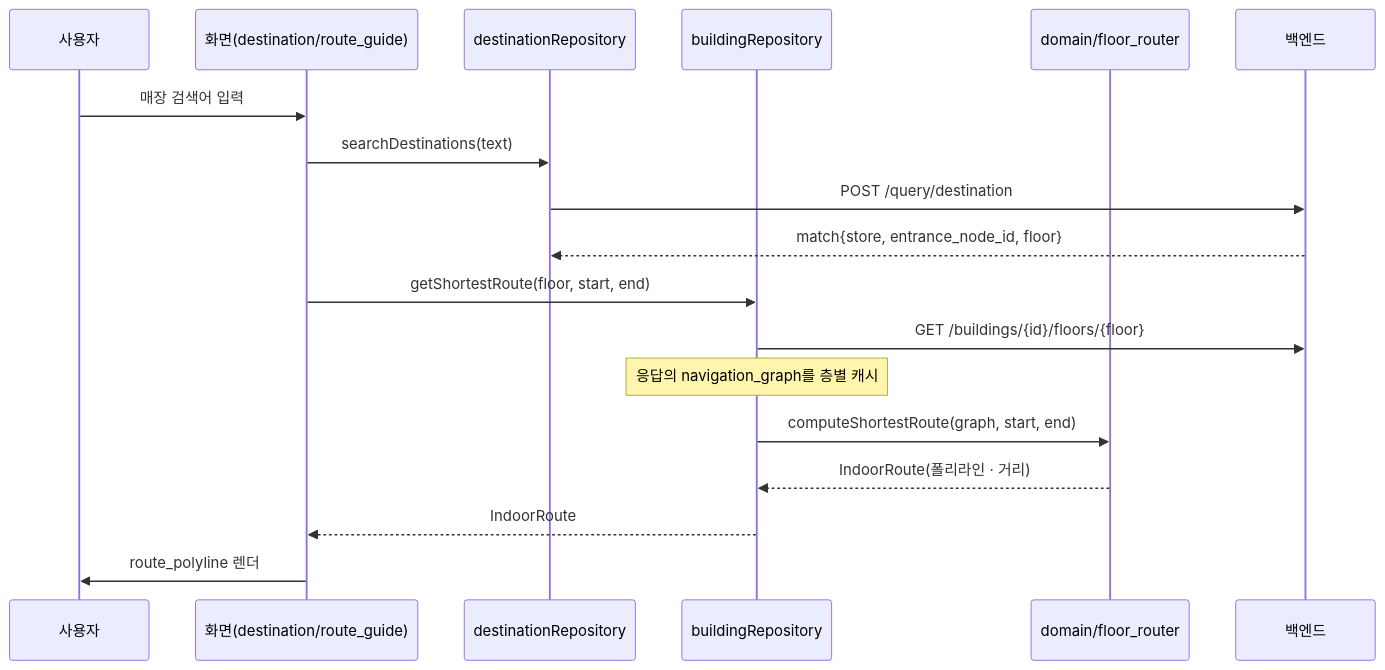
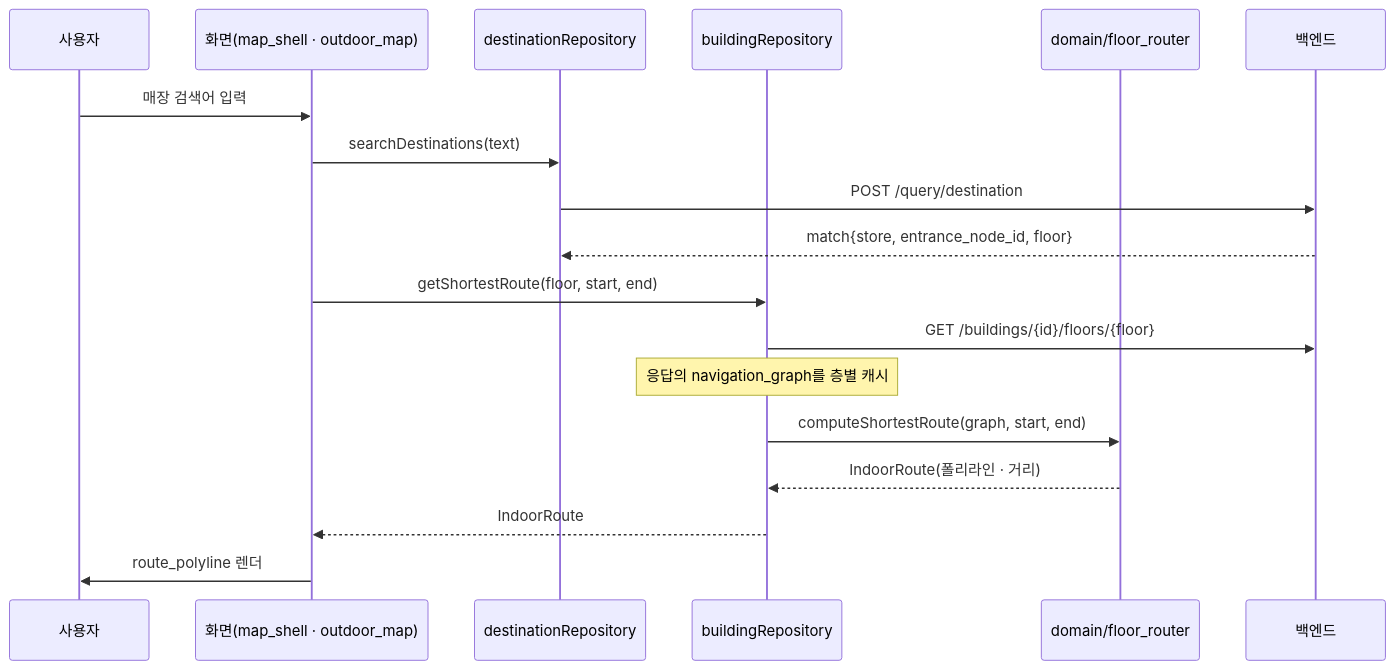
The fourth of 4 diagrams in client/README.md (Routex-labs/Navigation), drawn with Mermaid before and after one commit. The commit also changed other lines of this file and 32 other files, not shown here.

````diff
--- a/client/README.md
+++ b/client/README.md
@@ -180,21 +180,21 @@
 ```mermaid
 sequenceDiagram
     participant U as 사용자
-    participant S as 화면(destination/route_guide)
+    participant S as 화면(map_shell · outdoor_map)
     participant DR as destinationRepository
     participant BR as buildingRepository
     participant FR as domain/floor_router
     participant BE as 백엔드
 
     U->>S: 매장 검색어 입력
     S->>DR: searchDestinations(text)
     DR->>BE: POST /query/destination
     BE-->>DR: match{store, entrance_node_id, floor}
     S->>BR: getShortestRoute(floor, start, end)
     BR->>BE: GET /buildings/{id}/floors/{floor}
     Note over BR: 응답의 navigation_graph를 층별 캐시
     BR->>FR: computeShortestRoute(graph, start, end)
     FR-->>BR: IndoorRoute(폴리라인 · 거리)
     BR-->>S: IndoorRoute
     S->>U: route_polyline 렌더
 ```
````
